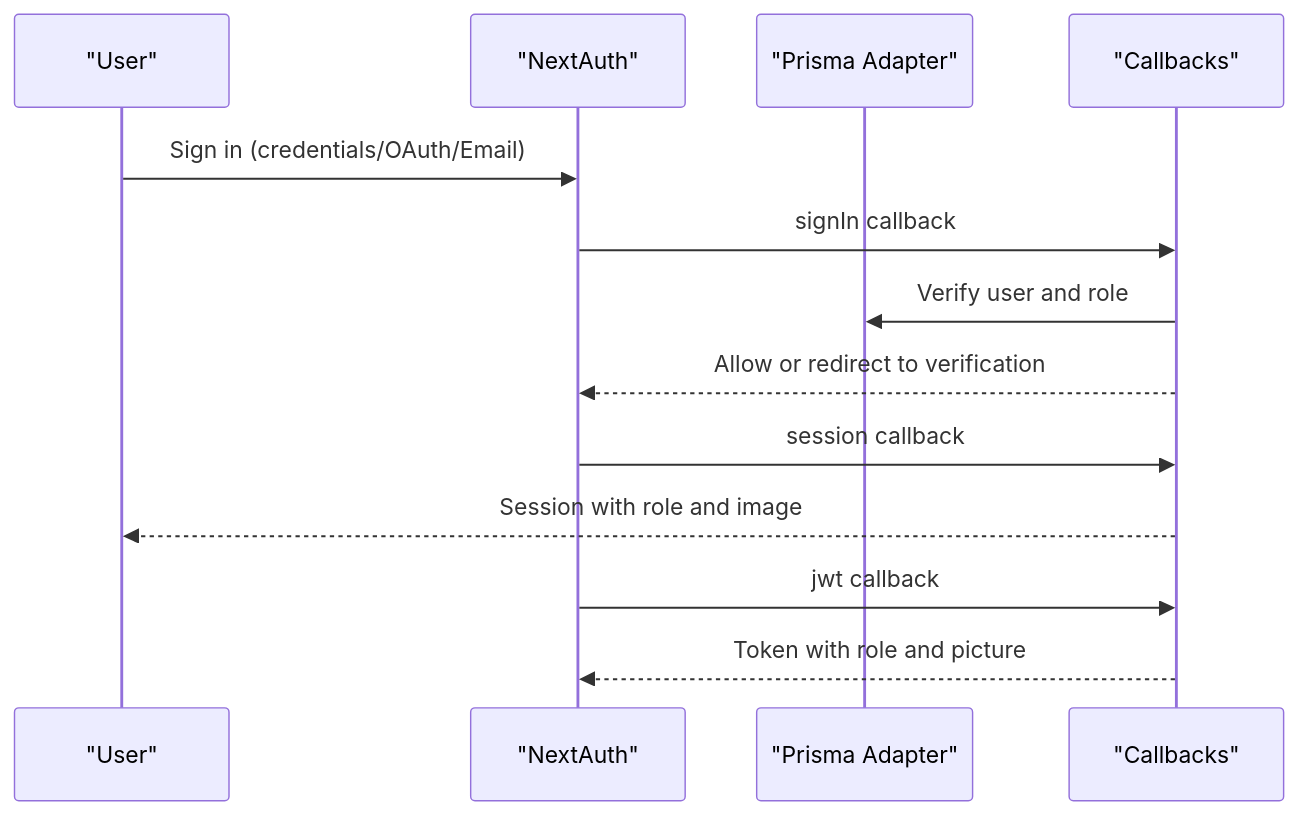
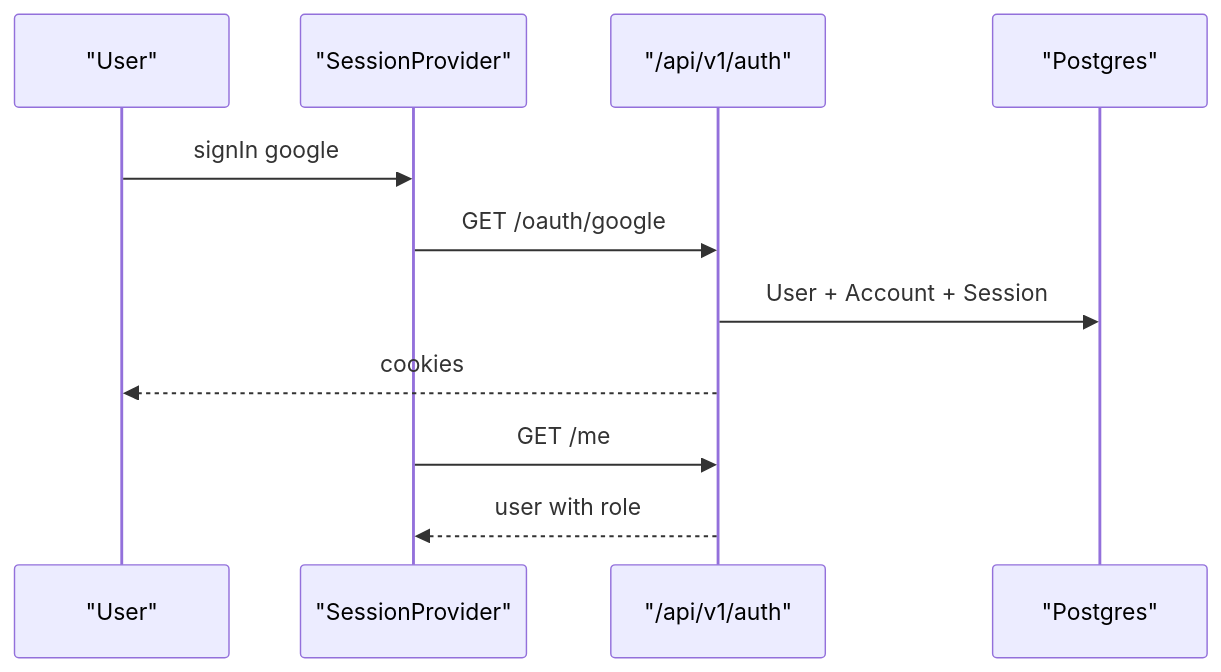
One commit to tashifkhan/tashif.codes changed the fourth of 8 diagrams in src/data/docs/talentsync/Frontend Application/Frontend Application.md. Above: the diagram before and after it, drawn with Mermaid. The commit also changed other lines of this file and 2128 other files, not shown here.

First line of the commit message:
docs: replace raster diagram images with native Mermaid across project guides

````diff
--- a/src/data/docs/talentsync/Frontend Application/Frontend Application.md
+++ b/src/data/docs/talentsync/Frontend Application/Frontend Application.md
@@ -112,15 +109,13 @@
 ```mermaid
 sequenceDiagram
 participant U as "User"
-participant NA as "NextAuth"
-participant DB as "Prisma Adapter"
-participant CB as "Callbacks"
-U->>NA : Sign in (credentials/OAuth/Email)
-NA->>CB : signIn callback
-CB->>DB : Verify user and role
-CB-->>NA : Allow or redirect to verification
-NA->>CB : session callback
-CB-->>U : Session with role and image
-NA->>CB : jwt callback
-CB-->>NA : Token with role and picture
+participant SP as "SessionProvider"
+participant Auth as "/api/v1/auth"
+participant DB as "Postgres"
+U->>SP : signIn google
+SP->>Auth : GET /oauth/google
+Auth->>DB : User + Account + Session
+Auth-->>U : cookies
+SP->>Auth : GET /me
+Auth-->>SP : user with role
 ```
````
